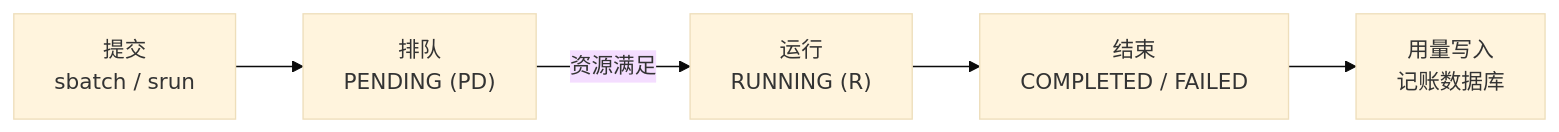
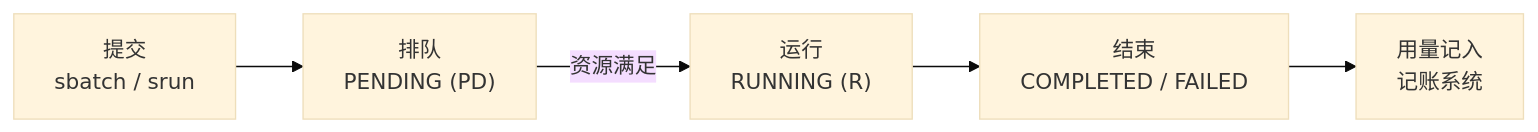
One commit to AGIMani/hpc_doc changed the diagram in docs/user/slurm.md. Above: the diagram before and after it, drawn with Mermaid (base theme). The commit also changed other lines of this file and 6 other files, not shown here.

````diff
--- a/docs/user/slurm.md
+++ b/docs/user/slurm.md
@@ -37,7 +37,7 @@
 ```mermaid
 flowchart LR
     A["提交<br/>sbatch / srun"] --> B["排队<br/>PENDING (PD)"]
     B -->|"资源满足"| C["运行<br/>RUNNING (R)"]
     C --> D["结束<br/>COMPLETED / FAILED"]
-    D --> E["用量写入<br/>记账数据库"]
+    D --> E["用量记入<br/>记账系统"]
 ```
````
